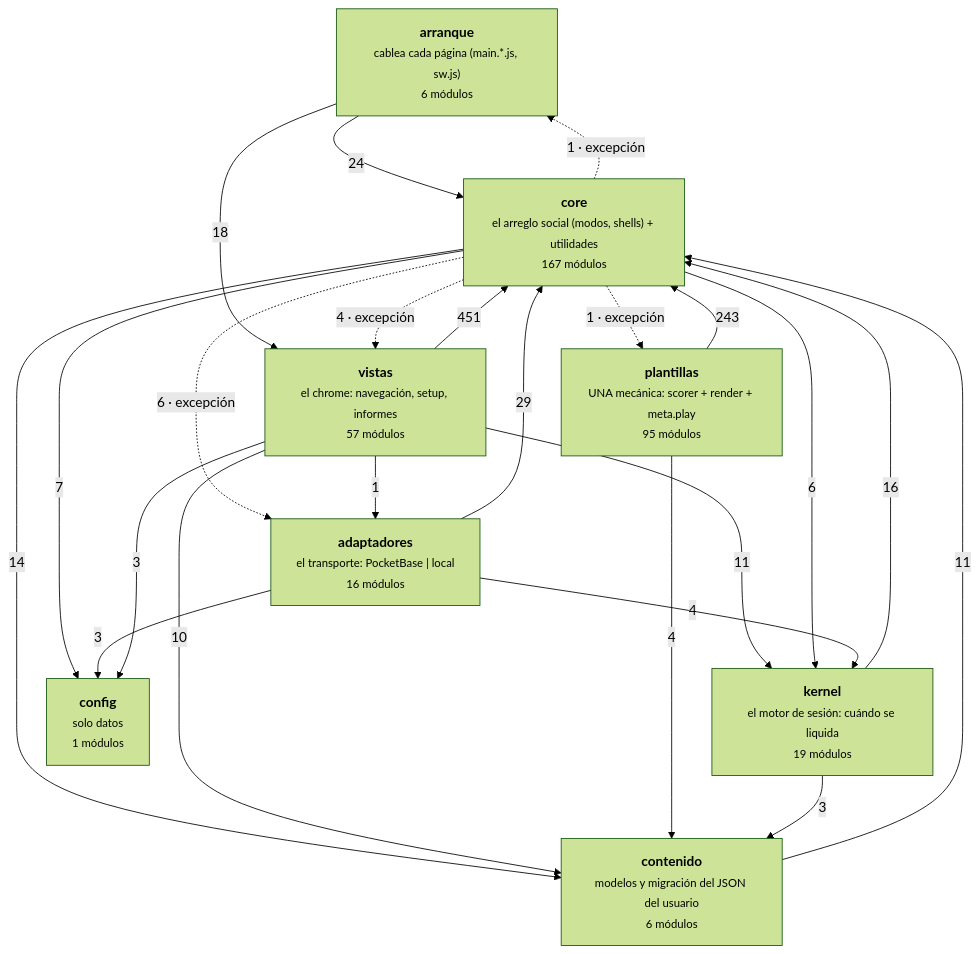
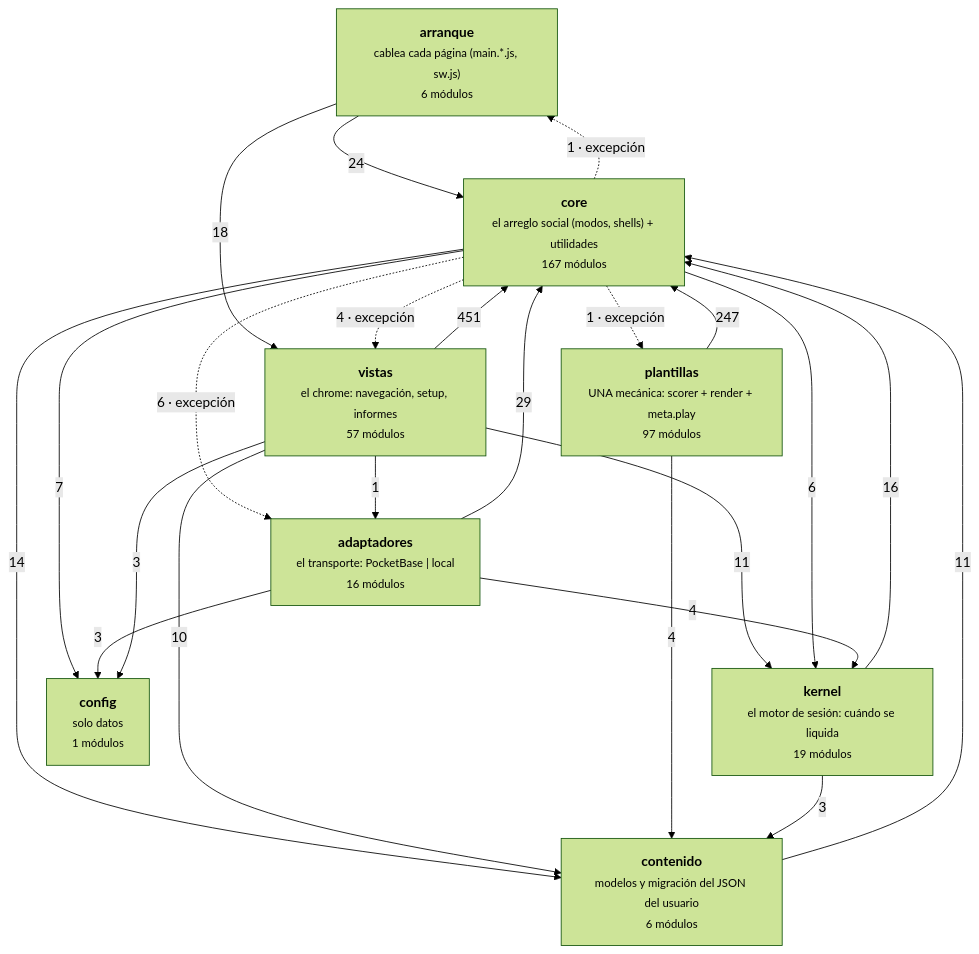
Before and after one commit to duecaz/ac: the diagram in docs/arquitectura-modulos.md, drawn with Mermaid (forest theme). The commit also changed other lines of this file and 28 other files, not shown here.

````diff
--- a/docs/arquitectura-modulos.md
+++ b/docs/arquitectura-modulos.md
@@ -56,33 +56,33 @@
 ```mermaid
 graph TD
   A["<b>arranque</b><br/><small>cablea cada página (main.*.js, sw.js)</small><br/><small>6 módulos</small>"]
   V["<b>vistas</b><br/><small>el chrome: navegación, setup, informes</small><br/><small>57 módulos</small>"]
   AD["<b>adaptadores</b><br/><small>el transporte: PocketBase | local</small><br/><small>16 módulos</small>"]
   C["<b>core</b><br/><small>el arreglo social (modos, shells) + utilidades</small><br/><small>167 módulos</small>"]
   K["<b>kernel</b><br/><small>el motor de sesión: cuándo se liquida</small><br/><small>19 módulos</small>"]
-  T["<b>plantillas</b><br/><small>UNA mecánica: scorer + render + meta.play</small><br/><small>95 módulos</small>"]
+  T["<b>plantillas</b><br/><small>UNA mecánica: scorer + render + meta.play</small><br/><small>97 módulos</small>"]
   CO["<b>contenido</b><br/><small>modelos y migración del JSON del usuario</small><br/><small>6 módulos</small>"]
   CF["<b>config</b><br/><small>solo datos</small><br/><small>1 módulos</small>"]
   V -->|451| C
-  T -->|243| C
+  T -->|247| C
   AD -->|29| C
   A -->|24| C
   A -->|18| V
   K -->|16| C
   C -->|14| CO
   CO -->|11| C
   V -->|11| K
   V -->|10| CO
   C -->|7| CF
   C -->|6| K
   C -.->|6 · excepción| AD
   AD -->|4| K
   C -.->|4 · excepción| V
   T -->|4| CO
   AD -->|3| CF
   K -->|3| CO
   V -->|3| CF
   C -.->|1 · excepción| T
   C -.->|1 · excepción| A
   V -->|1| AD
 ```
````
